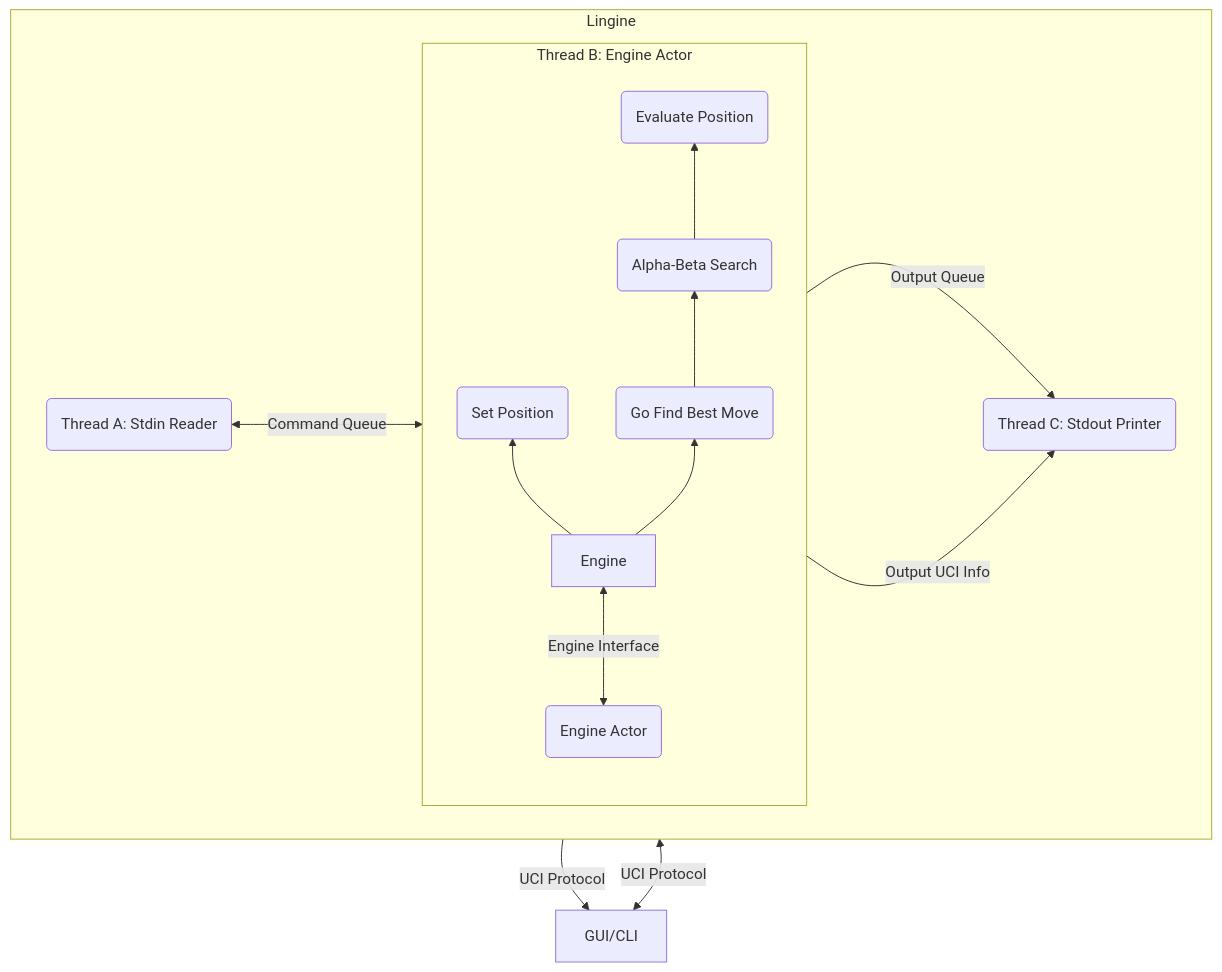
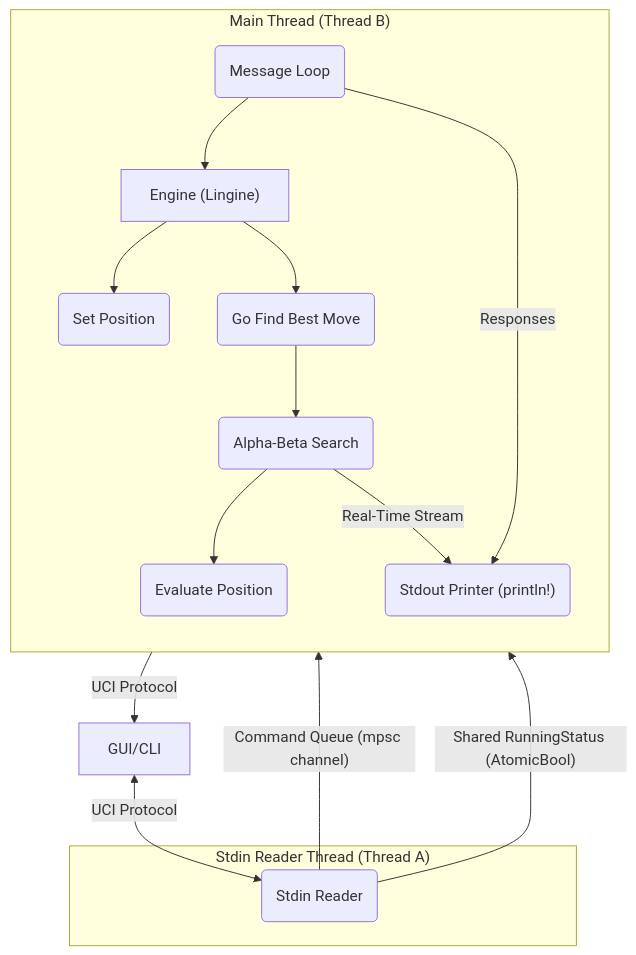
The first of 5 diagrams in DOCS.md (tuasananh/lingine), drawn with Mermaid before and after one commit. The commit also changed other lines of this file and 15 other files, not shown here.

````diff
--- a/DOCS.md
+++ b/DOCS.md
@@ -9,27 +9,28 @@
 ```mermaid
 graph TB
- subgraph EngineActor["Thread B: Engine Actor"]
-    direction BT
-        TB("Engine Actor")
-        Engine["Engine"]
+ subgraph MainThread["Main Thread (Thread B)"]
+    direction TB
+        MB("Message Loop")
+        Engine["Engine (Lingine)"]
         SetPosition("Set Position")
         Go("Go Find Best Move")
         Search("Alpha-Beta Search")
         Evaluate("Evaluate Position")
-  end
- subgraph Lingine["Lingine"]
-    direction LR
-        TA("Thread A: Stdin Reader")
-        TC("Thread C: Stdout Printer")
-        EngineActor
-  end
-    TB <-- Engine Interface --> Engine
-    Engine --> SetPosition & Go
-    Go --> Search
-    Search --> Evaluate
-    TA <-- Command Queue --> TB
-    TB -- Output Queue --> TC
-    TC -- UCI Protocol --> GUI["GUI/CLI"]
-    GUI <-- UCI Protocol --> TA
-    Go -- Output UCI Info --> TC
+        PrintInfo("Stdout Printer (println!)")
+ end
+ subgraph ListenerThread["Stdin Reader Thread (Thread A)"]
+    TA("Stdin Reader")
+ end
+
+ GUI["GUI/CLI"] <-- UCI Protocol --> TA
+ TA -- "Command Queue (mpsc channel)" --> MB
+ TA -- "Shared RunningStatus (AtomicBool)" --> Search
+ MB --> Engine
+ Engine --> SetPosition & Go
+ Go --> Search
+ Search --> Evaluate
+ Search -- Real-Time Stream --> PrintInfo
+ MB -- Responses --> PrintInfo
+ PrintInfo -- UCI Protocol --> GUI
+
 ```
````
